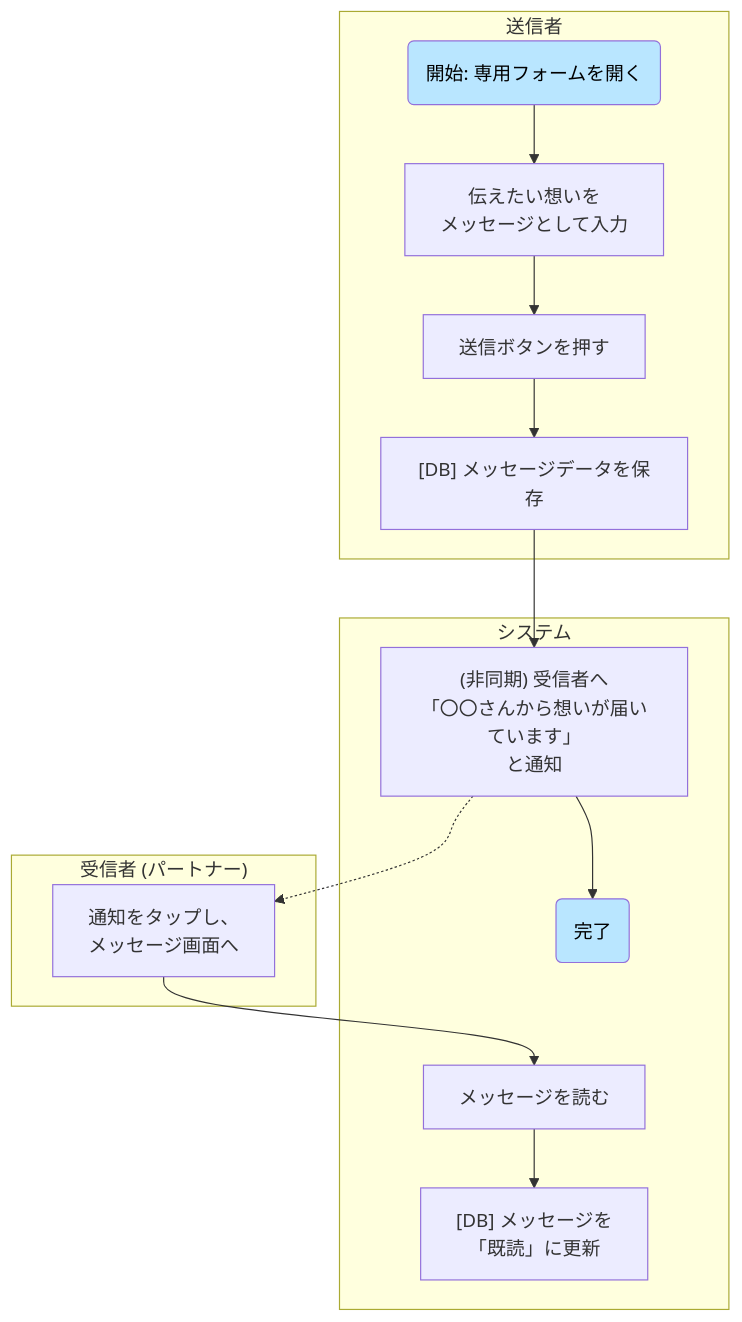
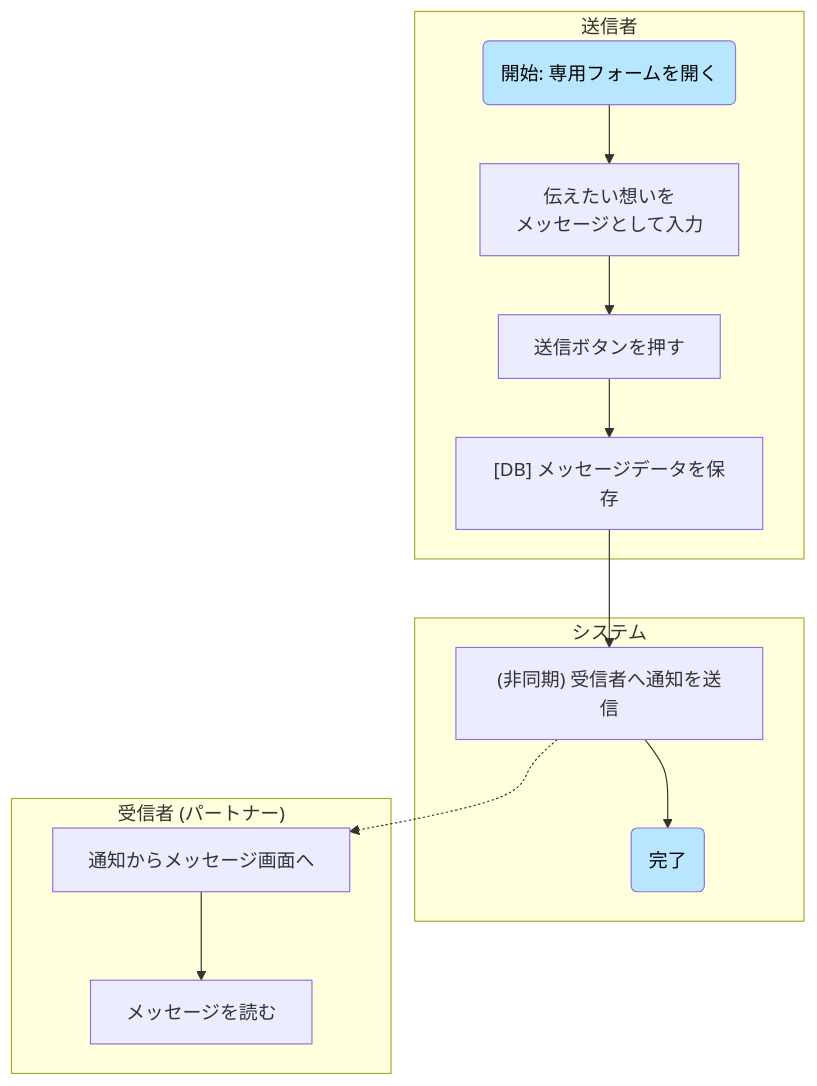
Before and after one commit to compile425/yubikirigennmann: the sixth of 9 diagrams in docs/design.md, drawn with Mermaid. The commit also changed other lines of this file, not shown here.

````diff
--- a/docs/design.md
+++ b/docs/design.md
@@ -151,20 +133,19 @@
 ```mermaid
 graph TD
     subgraph "送信者"
         A1("開始: 専用フォームを開く") --> A2["伝えたい想いを<br>メッセージとして入力"] --> A3["送信ボタンを押す"]
         A3 --> S1
     end
 
     subgraph "システム"
-        S1["[DB] メッセージデータを保存"] --> S2["(非同期) 受信者へ<br>「〇〇さんから想いが届いています」<br>と通知"]
+        S1["[DB] メッセージデータを保存"] --> S2["(非同期) 受信者へ通知を送信"]
         S2 --> C1("完了")
-        R2 --> S3["[DB] メッセージを<br>「既読」に更新"]
     end
 
     subgraph "受信者 (パートナー)"
-        S2 -.-> R1["通知をタップし、<br>メッセージ画面へ"] --> R2["メッセージを読む"]
+        S2 -.-> R1["通知からメッセージ画面へ"] --> R2["メッセージを読む"]
     end
     
     style A1 fill:#B9E6FF,color:#000
     style C1 fill:#B9E6FF,color:#000
 ```
````
